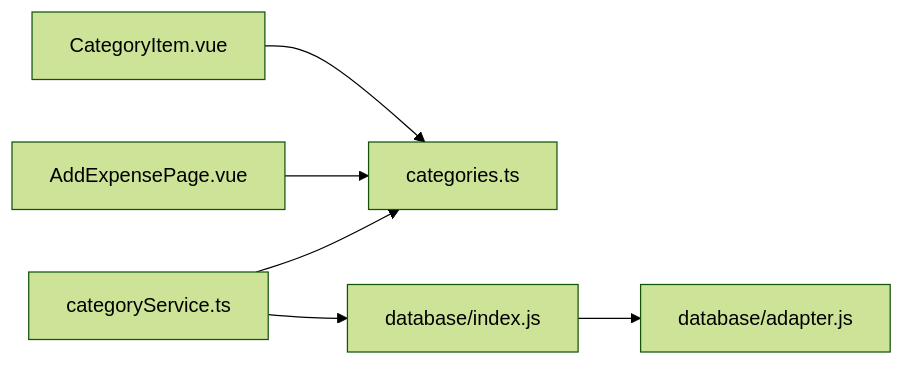
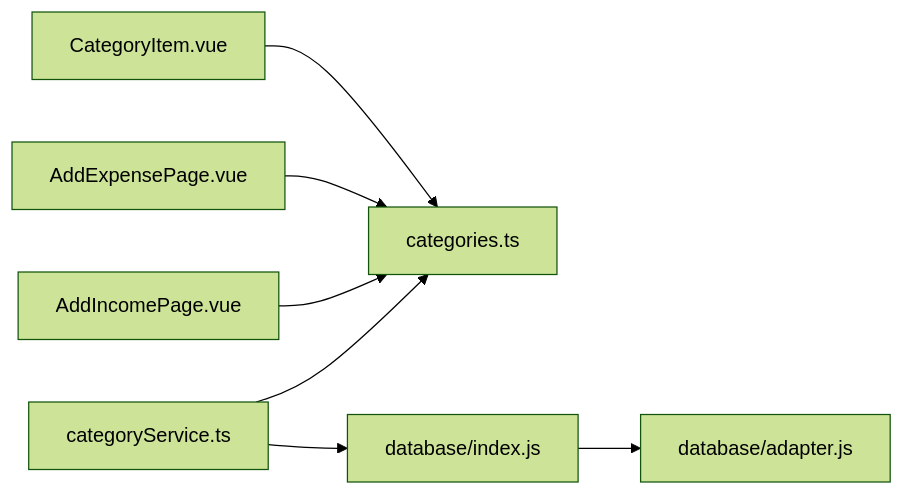
The seventh of 7 diagrams in .qoder/repowiki/zh/content/支出管理/分类管理.md (xiao-lin-unit/yuan), drawn with Mermaid (forest theme) before and after one commit. The commit also changed other lines of this file and 62 other files, not shown here.

````diff
--- a/.qoder/repowiki/zh/content/支出管理/分类管理.md
+++ b/.qoder/repowiki/zh/content/支出管理/分类管理.md
@@ -344,8 +369,9 @@
 ```mermaid
 graph LR
 CI["CategoryItem.vue"] --> CAT["categories.ts"]
 AEP["AddExpensePage.vue"] --> CAT
+AIP["AddIncomePage.vue"] --> CAT
 CS["categoryService.ts"] --> DB["database/index.js"]
 CS --> CAT
 DB --> ADA["database/adapter.js"]
 ```
````
